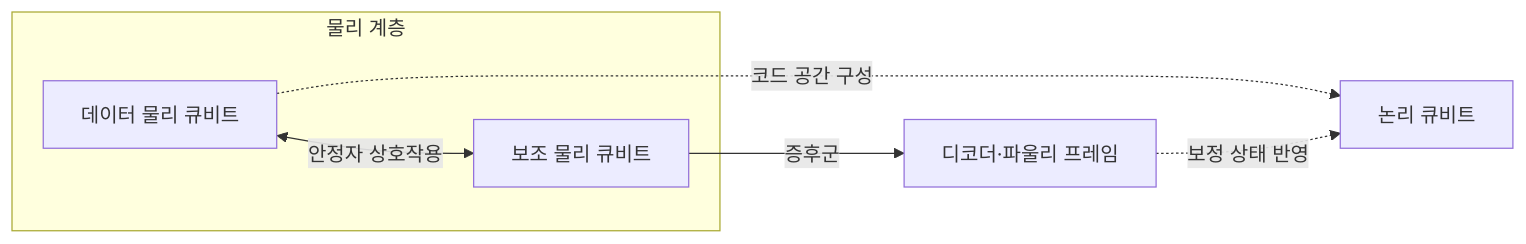
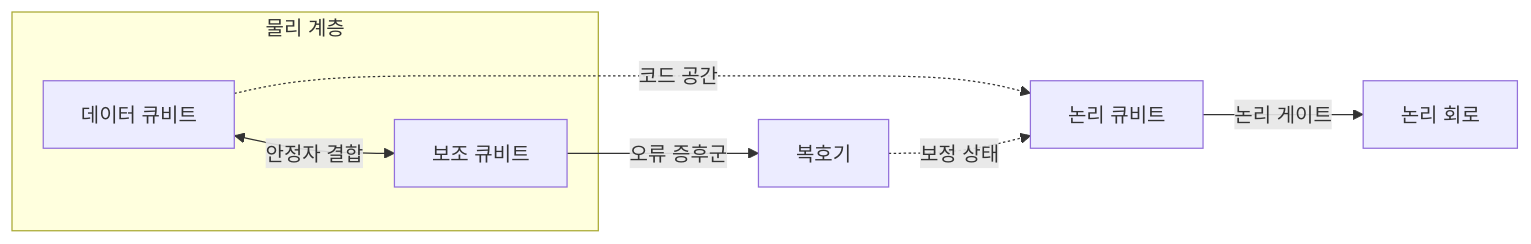
One commit to agnusdei1207/knowledge-base changed the diagram in src/content/docs/notes/02-hardware/075_logical_vs_physical_qubit.md. Above: the diagram before and after it, drawn with Mermaid. The commit also changed other lines of this file and 6 other files, not shown here.

````diff
--- a/src/content/docs/notes/02-hardware/075_logical_vs_physical_qubit.md
+++ b/src/content/docs/notes/02-hardware/075_logical_vs_physical_qubit.md
@@ -62,11 +56,10 @@
 ```mermaid
 flowchart LR
     subgraph P["물리 계층"]
-        Q["데이터 물리 큐비트"]
-        A["보조 물리 큐비트"]
-        Q <-->|안정자 상호작용| A
+        D[데이터 큐비트] <-->|안정자 결합| A[보조 큐비트]
     end
-    Q -.->|코드 공간 구성| L["논리 큐비트"]
-    A -->|증후군| D["디코더·파울리 프레임"]
-    D -.->|보정 상태 반영| L
+    D -.->|코드 공간| L[논리 큐비트]
+    A -->|오류 증후군| C[복호기]
+    C -.->|보정 상태| L
+    L -->|논리 게이트| O[논리 회로]
 ```
````
